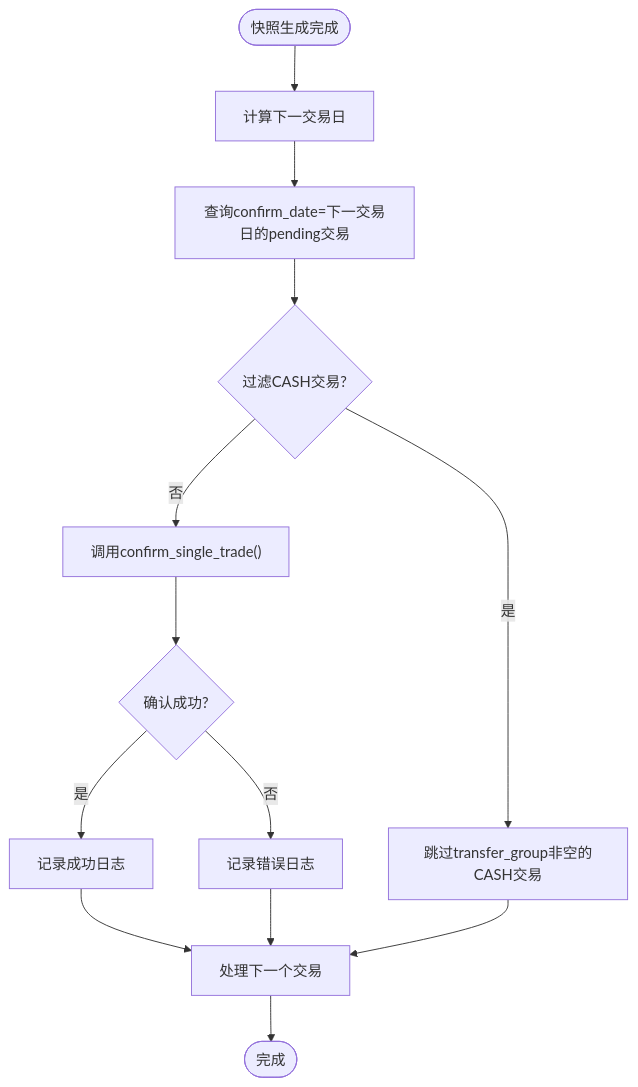
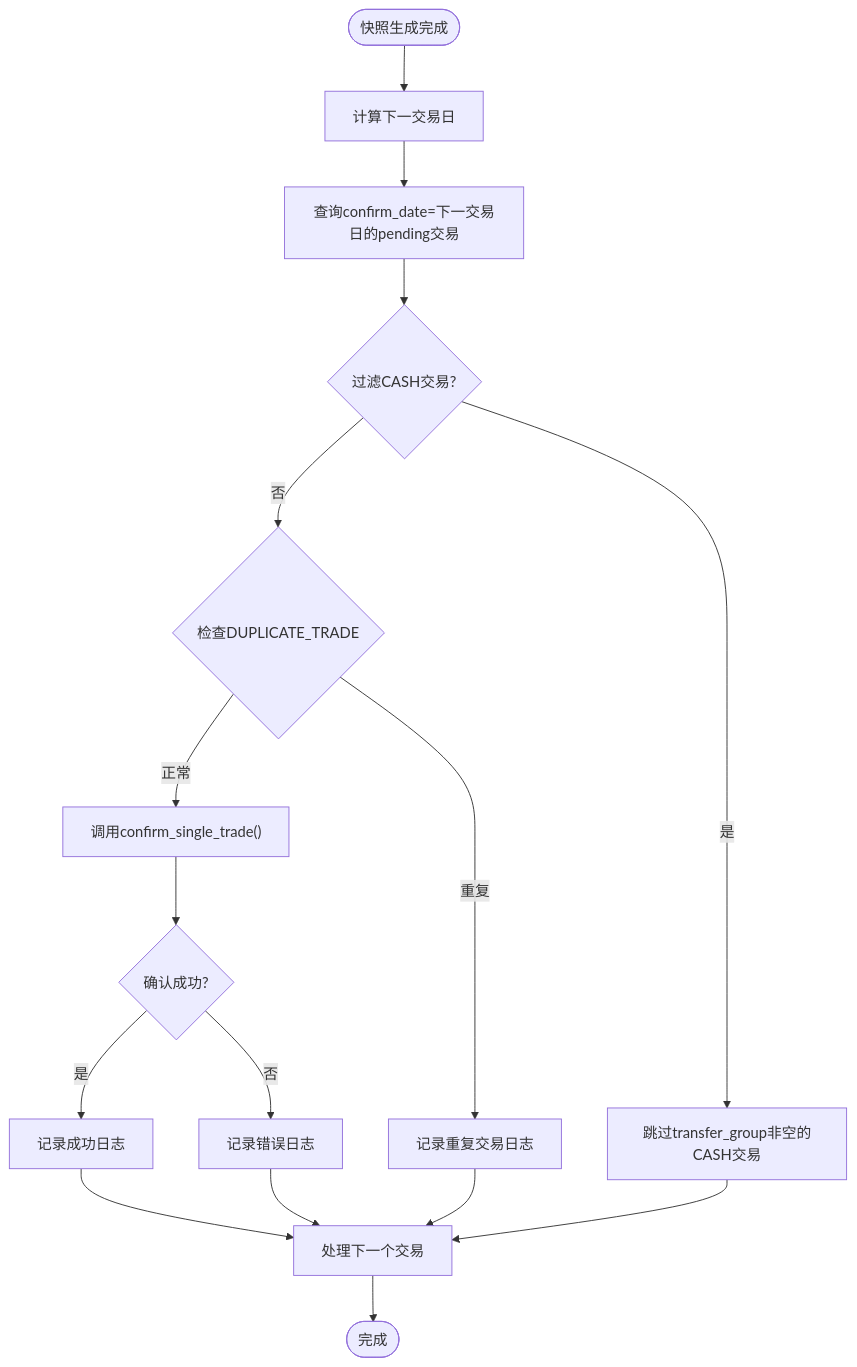
One commit to gujialind/InvestRing changed the sixth of 16 diagrams in .qoder/repowiki/zh/content/核心业务功能/交易处理.md. Above: the diagram before and after it, drawn with Mermaid. The commit also changed other lines of this file and 15 other files, not shown here.

````diff
--- a/.qoder/repowiki/zh/content/核心业务功能/交易处理.md
+++ b/.qoder/repowiki/zh/content/核心业务功能/交易处理.md
@@ -336,15 +352,18 @@
 ```mermaid
 flowchart TD
 Start(["快照生成完成"]) --> NextDay["计算下一交易日"]
 NextDay --> QueryPending["查询confirm_date=下一交易日的pending交易"]
 QueryPending --> FilterCASH{"过滤CASH交易?"}
 FilterCASH --> |是| Skip["跳过transfer_group非空的CASH交易"]
-FilterCASH --> |否| ProcessTrade["调用confirm_single_trade()"]
+FilterCASH --> |否| CheckDuplicate{"检查DUPLICATE_TRADE"}
+CheckDuplicate --> |重复| LogDup["记录重复交易日志"]
+CheckDuplicate --> |正常| ProcessTrade["调用confirm_single_trade()"]
 ProcessTrade --> Success{"确认成功?"}
 Success --> |是| LogSuccess["记录成功日志"]
 Success --> |否| LogError["记录错误日志"]
 LogSuccess --> NextTrade["处理下一个交易"]
 LogError --> NextTrade
+LogDup --> NextTrade
 Skip --> NextTrade
 NextTrade --> Done(["完成"])
 ```
````
